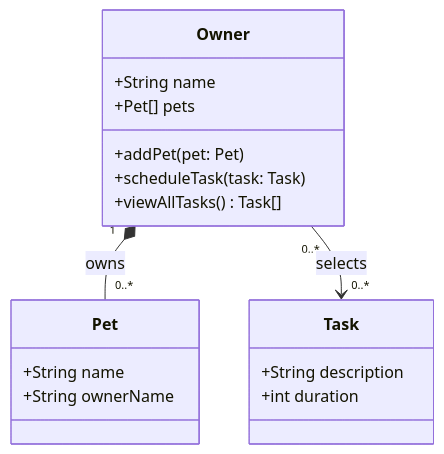
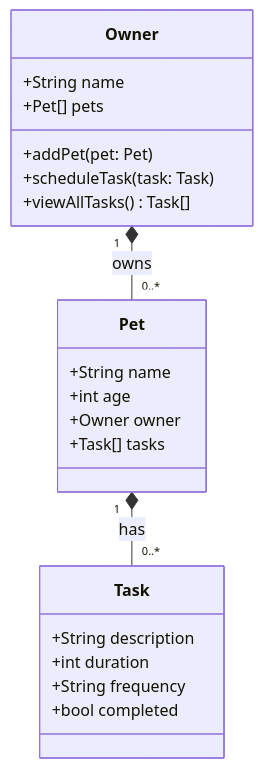
Before and after one commit to sifulsidd/ai110-module2show-pawpal-starter: the diagram in uml-diagram.md, drawn with Mermaid. The commit also changed 1 other file, not shown here.

Commit message:
Pawpal_system.py working

````diff
--- a/uml-diagram.md
+++ b/uml-diagram.md
@@ -1,23 +1,27 @@
 ```mermaid
 classDiagram
     class Task {
         +String description
         +int duration
+        +String frequency
+        +bool completed
     }
 
     class Owner {
         +String name
         +Pet[] pets
         +addPet(pet: Pet)
         +scheduleTask(task: Task)
         +viewAllTasks() Task[]
     }
 
     class Pet {
         +String name
-        +String ownerName
+        +int age
+        +Owner owner
+        +Task[] tasks
     }
 
     Owner "1" *-- "0..*" Pet : owns
-    Owner "0..*" --> "0..*" Task : selects
+    Pet "1" *-- "0..*" Task : has
 ```
````
